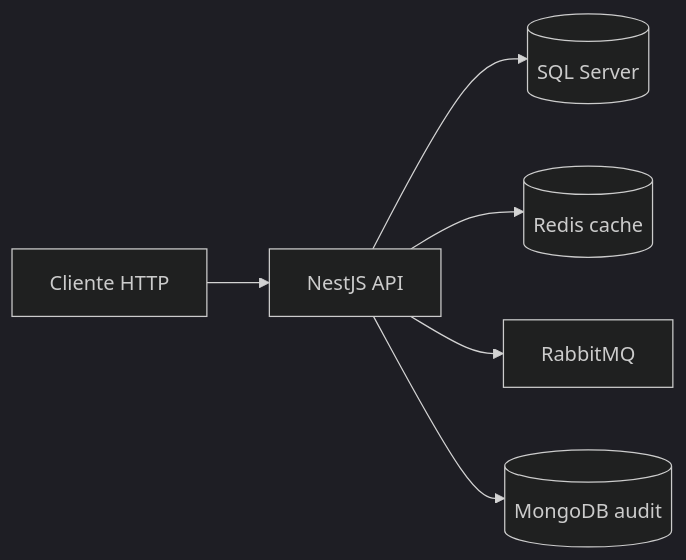
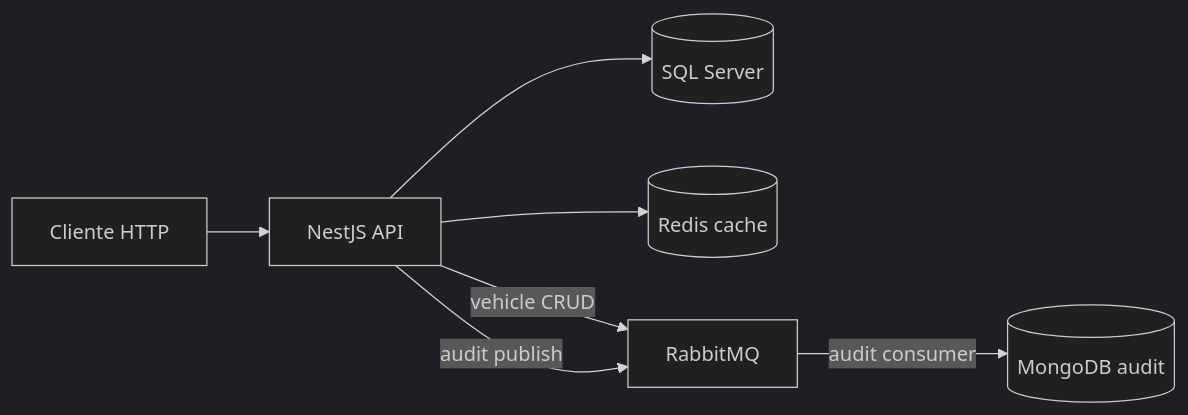
Before and after one commit to NatanaelSignorini/aivacol-api-test: the second of 2 diagrams in README.md, drawn with Mermaid (dark theme). The commit also changed other lines of this file, not shown here.

First line of the commit message:
docs(readme): document async audit flow and module layout

````diff
--- a/README.md
+++ b/README.md
@@ -73,8 +75,9 @@
 ```mermaid
 flowchart LR
   Client[Cliente HTTP] --> API[NestJS API]
   API --> SQL[(SQL Server)]
   API --> Redis[(Redis cache)]
-  API --> RMQ[RabbitMQ]
-  API --> Mongo[(MongoDB audit)]
+  API -->|vehicle CRUD| RMQ[RabbitMQ]
+  API -->|audit publish| RMQ
+  RMQ -->|audit consumer| Mongo[(MongoDB audit)]
 ```
````
